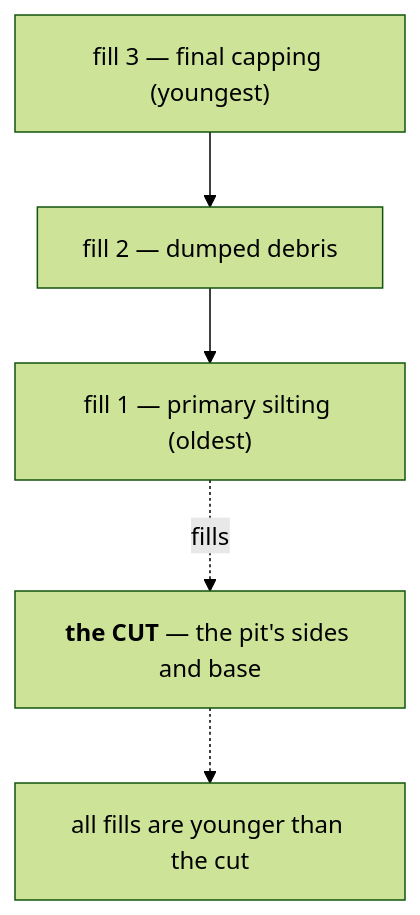
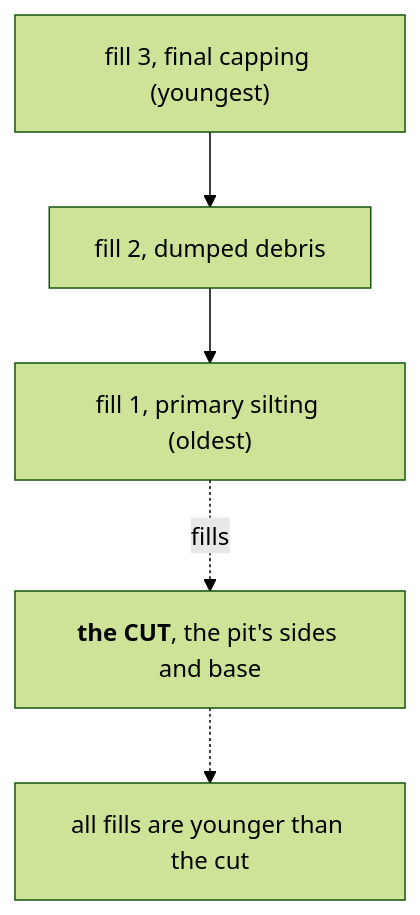
One commit to jennarbates/StratigraphyGenerator changed the diagram in docs/archaeology/fill.md. Above: the diagram before and after it, drawn with Mermaid (forest theme). The commit also changed other lines of this file and 309 other files, not shown here.

````diff
--- a/docs/archaeology/fill.md
+++ b/docs/archaeology/fill.md
@@ -37,10 +37,10 @@
 ```mermaid
 flowchart TB
-  C["<b>the CUT</b> — the pit's sides and base"]
-  F3["fill 3 — final capping (youngest)"]
-  F2["fill 2 — dumped debris"]
-  F1["fill 1 — primary silting (oldest)"]
+  C["<b>the CUT</b>, the pit's sides and base"]
+  F3["fill 3, final capping (youngest)"]
+  F2["fill 2, dumped debris"]
+  F1["fill 1, primary silting (oldest)"]
   F3 --> F2 --> F1
   F1 -.->|"fills"| C
   C -.-> D["all fills are younger than the cut"]
 ```
````
